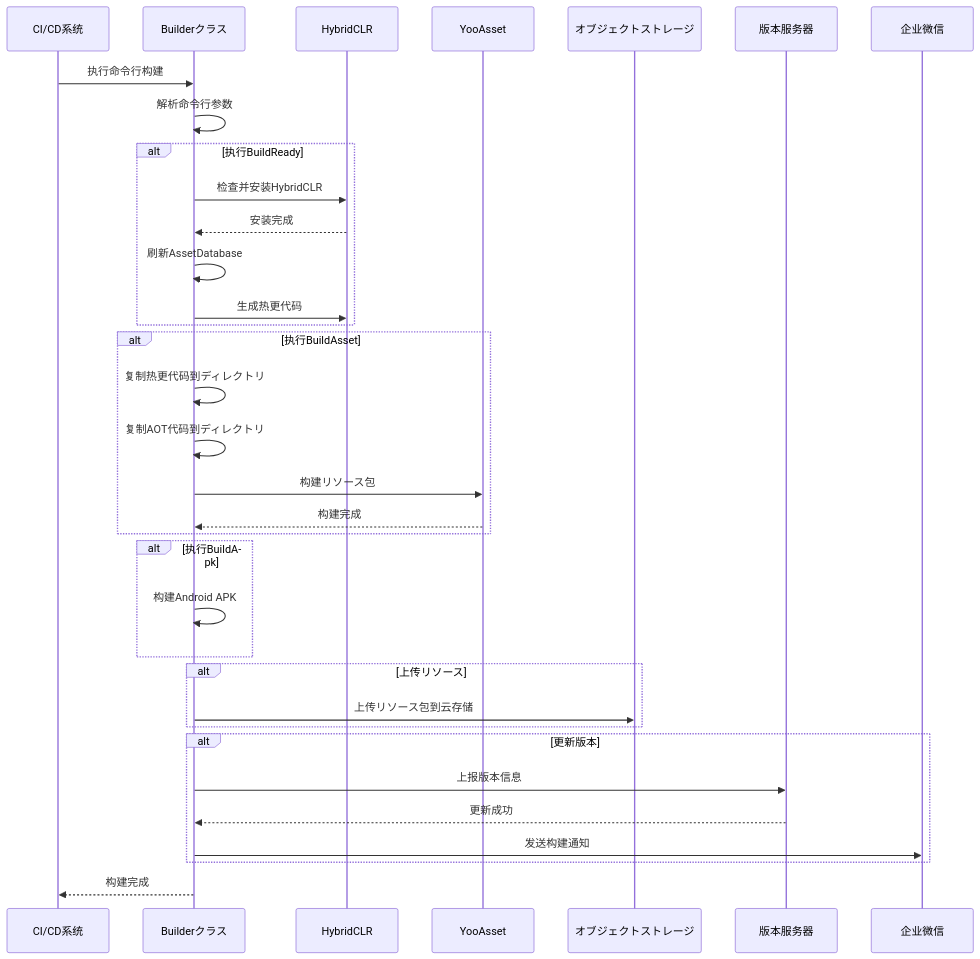
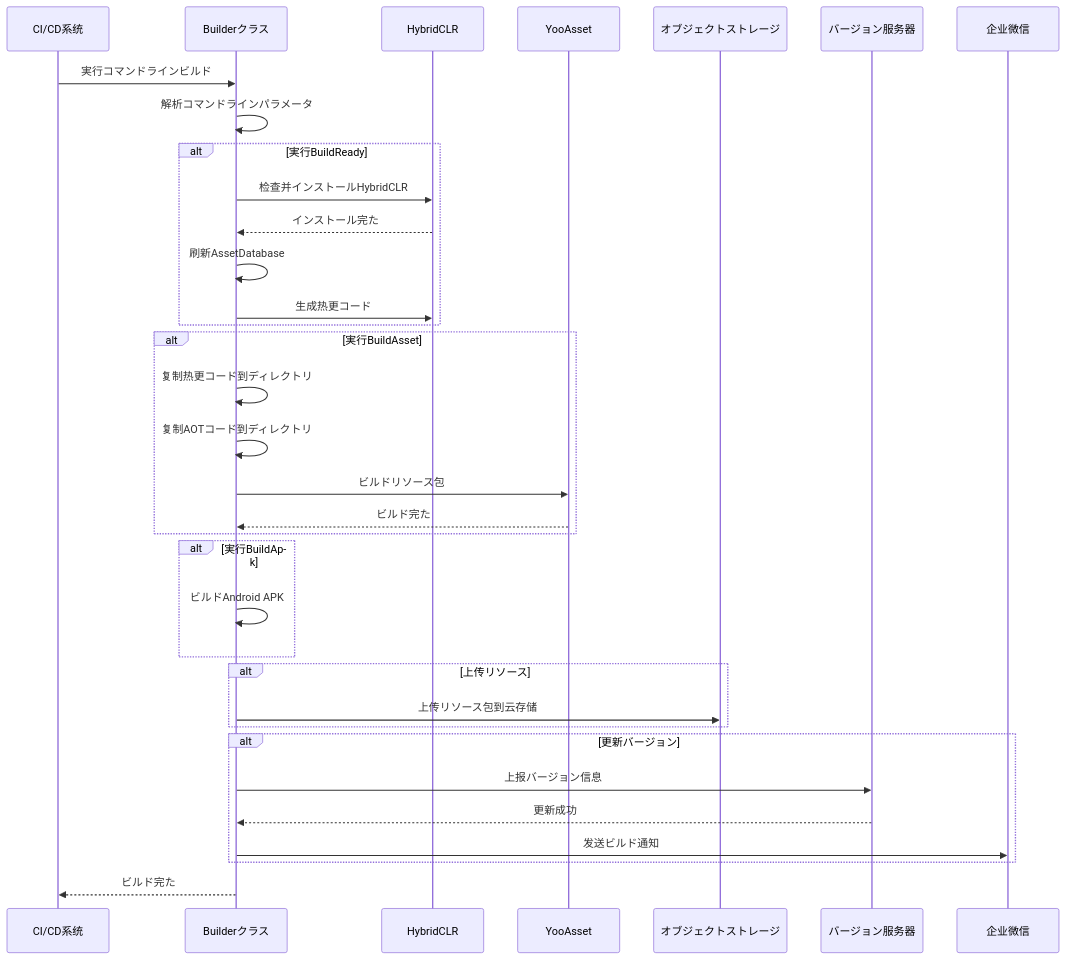
Before and after one commit to AlianBlank/GameFrameX.Docs: the second of 2 diagrams in docs/ja/client/unity/component/builder/03.getting-started.md, drawn with Mermaid. The commit also changed other lines of this file and 320 other files, not shown here.

````diff
--- a/docs/ja/client/unity/component/builder/03.getting-started.md
+++ b/docs/ja/client/unity/component/builder/03.getting-started.md
@@ -69,43 +69,43 @@
 ```mermaid
 sequenceDiagram
     participant CI as CI/CD系统
     participant Builder as Builderクラス
     participant HybridCLR as HybridCLR
     participant YooAsset as YooAsset
     participant Storage as オブジェクトストレージ
-    participant Server as 版本服务器
+    participant Server as バージョン服务器
     participant WeChat as 企业微信
 
-    CI->>Builder: 执行命令行构建
-    Builder->>Builder: 解析命令行参数
+    CI->>Builder: 実行コマンドラインビルド
+    Builder->>Builder: 解析コマンドラインパラメータ
     
-    alt 执行BuildReady
-        Builder->>HybridCLR: 检查并安装HybridCLR
-        HybridCLR-->>Builder: 安装完成
+    alt 実行BuildReady
+        Builder->>HybridCLR: 检查并インストールHybridCLR
+        HybridCLR-->>Builder: インストール完た
         Builder->>Builder: 刷新AssetDatabase
-        Builder->>HybridCLR: 生成热更代码
+        Builder->>HybridCLR: 生成热更コード
     end
     
-    alt 执行BuildAsset
-        Builder->>Builder: 复制热更代码到ディレクトリ
-        Builder->>Builder: 复制AOT代码到ディレクトリ
-        Builder->>YooAsset: 构建リソース包
-        YooAsset-->>Builder: 构建完成
+    alt 実行BuildAsset
+        Builder->>Builder: 复制热更コード到ディレクトリ
+        Builder->>Builder: 复制AOTコード到ディレクトリ
+        Builder->>YooAsset: ビルドリソース包
+        YooAsset-->>Builder: ビルド完た
     end
     
-    alt 执行BuildApk
-        Builder->>Builder: 构建Android APK
+    alt 実行BuildApk
+        Builder->>Builder: ビルドAndroid APK
     end
     
     alt 上传リソース
         Builder->>Storage: 上传リソース包到云存储
     end
     
-    alt 更新版本
-        Builder->>Server: 上报版本信息
+    alt 更新バージョン
+        Builder->>Server: 上报バージョン信息
         Server-->>Builder: 更新成功
-        Builder->>WeChat: 发送构建通知
+        Builder->>WeChat: 发送ビルド通知
     end
     
-    Builder-->>CI: 构建完成
+    Builder-->>CI: ビルド完た
 ```
````
